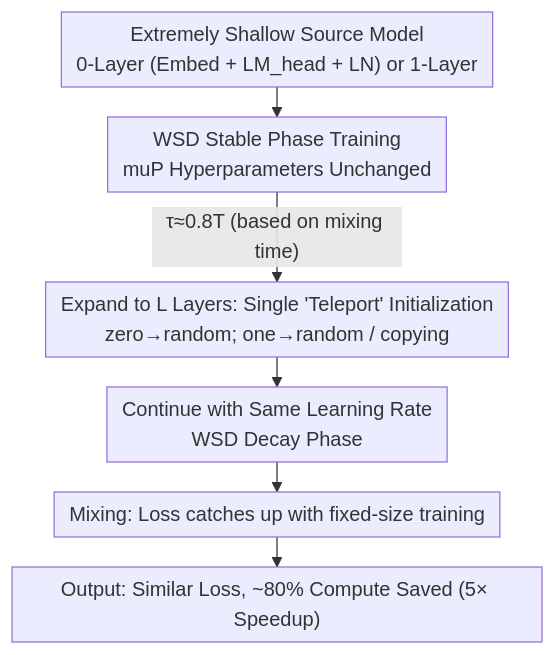
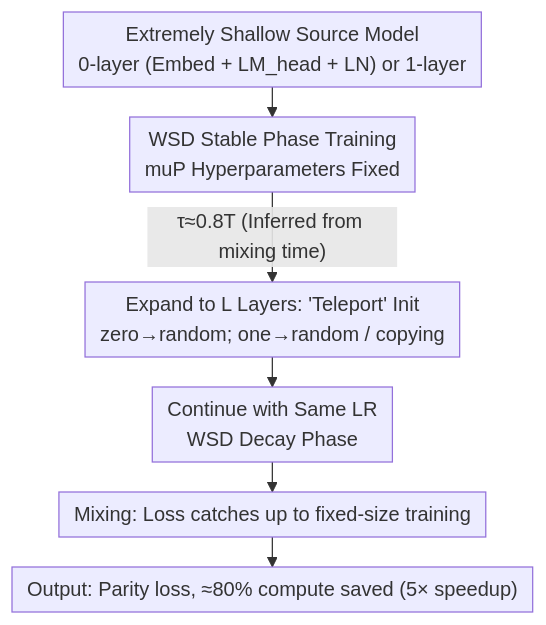
One commit to zhaoyang97/Paper-Notes-en changed the diagram in docs/ICML2026/llm_pretraining/scaling_depth_capacity_via_zeroone-layer_model_expansion.md. Above: the diagram before and after it, drawn with Mermaid. The commit also changed other lines of this file and 5084 other files, not shown here.

````diff
--- a/docs/ICML2026/llm_pretraining/scaling_depth_capacity_via_zeroone-layer_model_expansion.md
+++ b/docs/ICML2026/llm_pretraining/scaling_depth_capacity_via_zeroone-layer_model_expansion.md
@@ -45,9 +45,9 @@
 ```mermaid
 %%{init: {'flowchart': {'rankSpacing': 24, 'nodeSpacing': 28, 'padding': 6, 'wrappingWidth': 400}}}%%
 flowchart TD
-    A["Extremely Shallow Source Model<br/>0-Layer (Embed + LM_head + LN) or 1-Layer"] --> B["WSD Stable Phase Training<br/>muP Hyperparameters Unchanged"]
-    B -->|"τ≈0.8T (based on mixing time)"| C["Expand to L Layers: Single 'Teleport' Initialization<br/>zero→random; one→random / copying"]
-    C --> D["Continue with Same Learning Rate<br/>WSD Decay Phase"]
-    D --> E["Mixing: Loss catches up with fixed-size training"]
-    E --> F["Output: Similar Loss, ~80% Compute Saved (5× Speedup)"]
+    A["Extremely Shallow Source Model<br/>0-layer (Embed + LM_head + LN) or 1-layer"] --> B["WSD Stable Phase Training<br/>muP Hyperparameters Fixed"]
+    B -->|"τ≈0.8T (Inferred from mixing time)"| C["Expand to L Layers: 'Teleport' Init<br/>zero→random; one→random / copying"]
+    C --> D["Continue with Same LR<br/>WSD Decay Phase"]
+    D --> E["Mixing: Loss catches up to fixed-size training"]
+    E --> F["Output: Parity loss, ≈80% compute saved (5× speedup)"]
 ```
````
